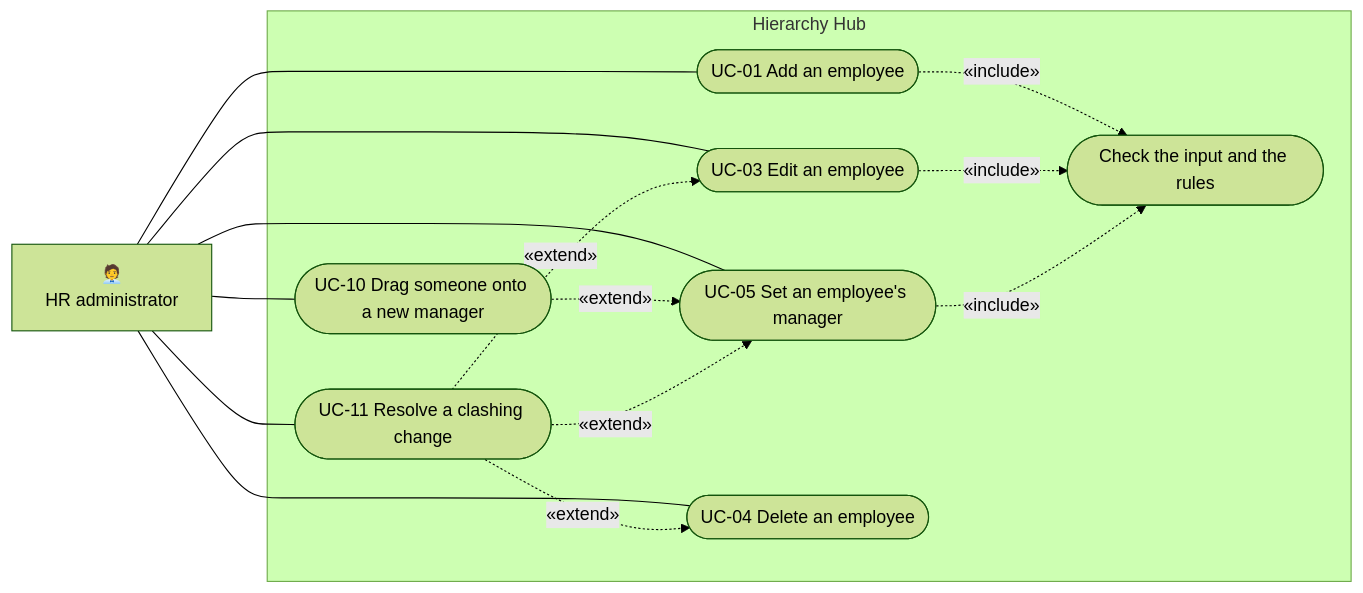
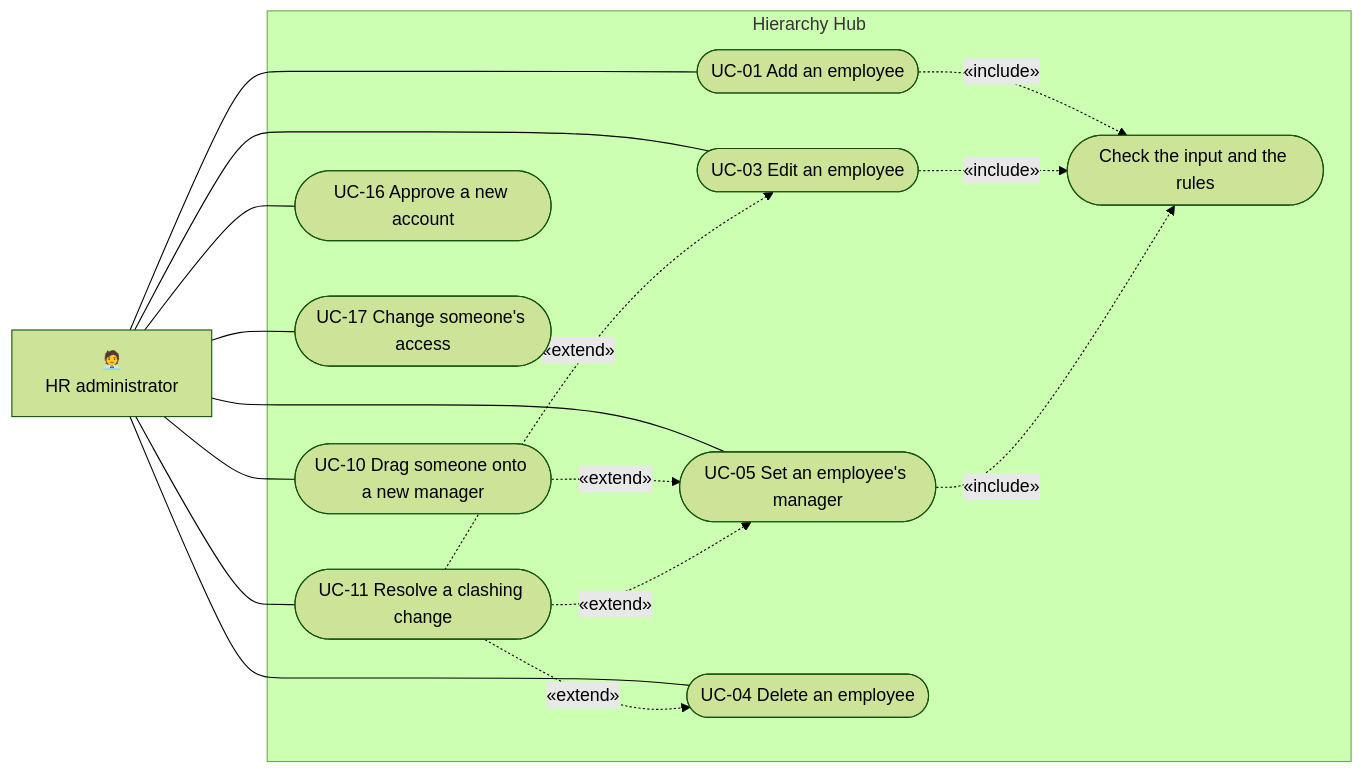
The second of 4 diagrams in docs/srs/SRS.md (Ayush-B99/hierarchyHub), drawn with Mermaid (forest theme) before and after one commit. The commit also changed other lines of this file and 12 other files, not shown here.

````diff
--- a/docs/srs/SRS.md
+++ b/docs/srs/SRS.md
@@ -101,29 +101,33 @@
 ```mermaid
 flowchart LR
     hr["🧑‍💼<br/>HR administrator"]
 
     subgraph sys["Hierarchy Hub"]
         uc10(["UC-10 Drag someone onto a new manager"])
         uc5(["UC-05 Set an employee's manager"])
         uc1(["UC-01 Add an employee"])
         uc3(["UC-03 Edit an employee"])
         uc4(["UC-04 Delete an employee"])
         uc11(["UC-11 Resolve a clashing change"])
+        uc16(["UC-16 Approve a new account"])
+        uc17(["UC-17 Change someone's access"])
         val(["Check the input and the rules"])
     end
 
     hr --- uc10
     hr --- uc5
     hr --- uc1
     hr --- uc3
     hr --- uc4
     hr --- uc11
+    hr --- uc16
+    hr --- uc17
 
     uc1 -.->|"«include»"| val
     uc3 -.->|"«include»"| val
     uc5 -.->|"«include»"| val
     uc10 -.->|"«extend»"| uc5
     uc11 -.->|"«extend»"| uc3
     uc11 -.->|"«extend»"| uc4
     uc11 -.->|"«extend»"| uc5
 ```
````
